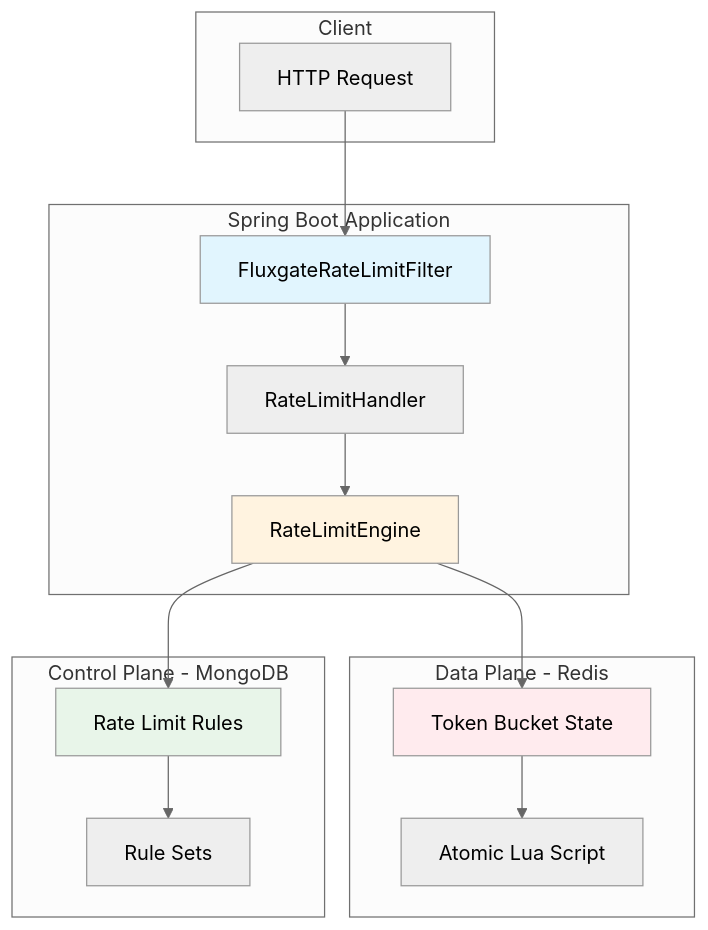
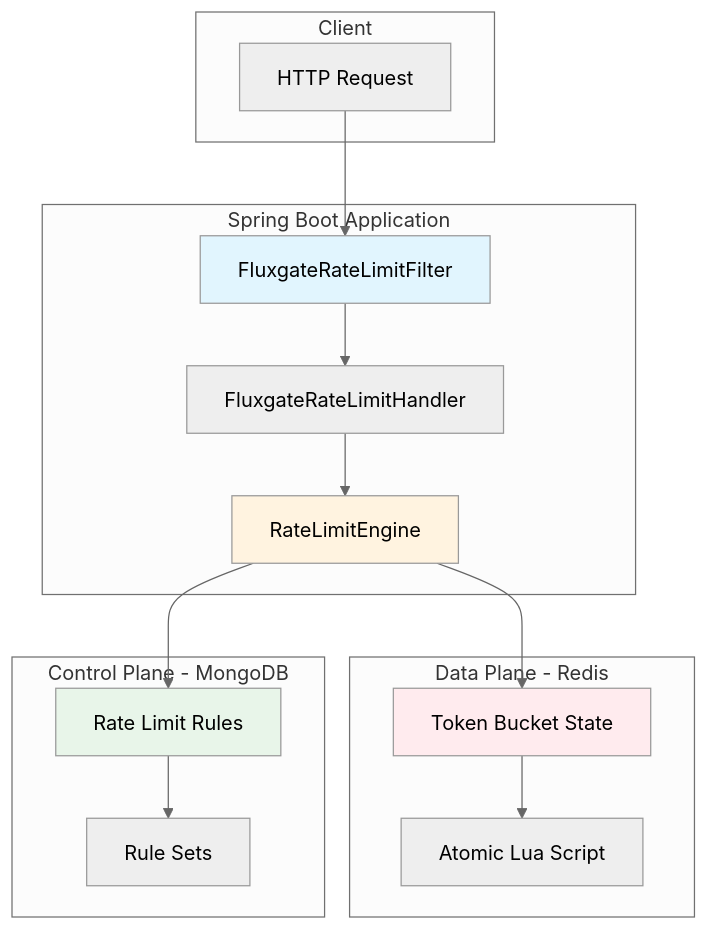
Before and after one commit to OpenFluxGate/fluxgate: the first of 11 diagrams in docs/en/architecture/README.md, drawn with Mermaid (neutral theme). The commit also changed other lines of this file and 33 other files, not shown here.

Commit message:
docs: 0.4 README, CHANGELOG, migration guide and architecture docs (EN/KO)

````diff
--- a/docs/en/architecture/README.md
+++ b/docs/en/architecture/README.md
@@ -26,35 +26,35 @@
 ```mermaid
 flowchart TB
     subgraph Client["Client"]
         HTTP[HTTP Request]
     end
 
     subgraph SpringBoot["Spring Boot Application"]
         Filter[FluxgateRateLimitFilter]
-        Handler[RateLimitHandler]
+        Handler[FluxgateRateLimitHandler]
         Engine[RateLimitEngine]
     end
 
     subgraph DataPlane["Data Plane - Redis"]
         TokenBucket[Token Bucket State]
         LuaScript[Atomic Lua Script]
     end
 
     subgraph ControlPlane["Control Plane - MongoDB"]
         Rules[Rate Limit Rules]
         RuleSets[Rule Sets]
     end
 
     HTTP --> Filter
     Filter --> Handler
     Handler --> Engine
     Engine --> TokenBucket
     Engine --> Rules
     TokenBucket --> LuaScript
     Rules --> RuleSets
 
     style Filter fill:#e1f5fe
     style Engine fill:#fff3e0
     style TokenBucket fill:#ffebee
     style Rules fill:#e8f5e9
 ```
````
